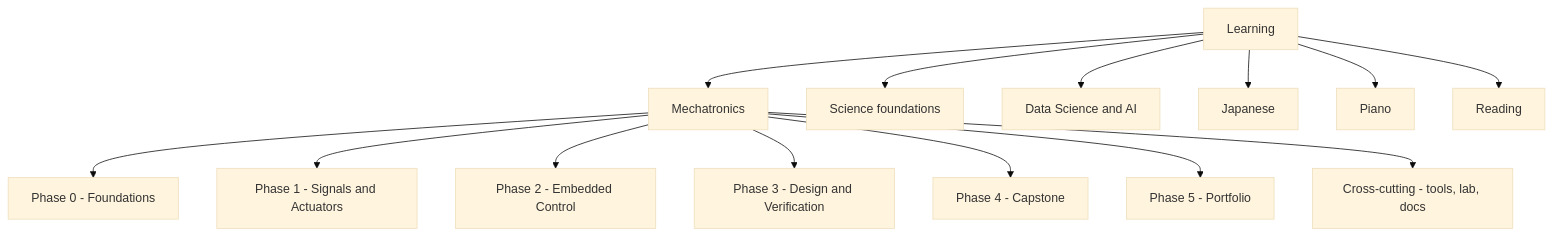
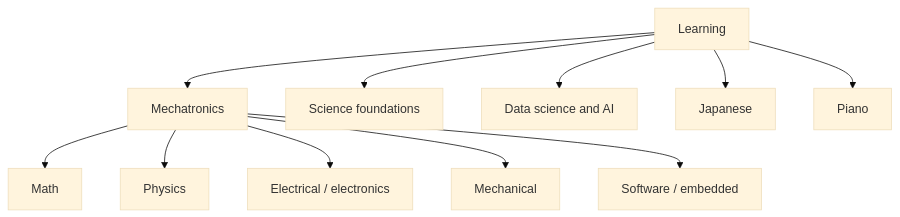
The diagram in _system/learning/topic-tree.md (Stratoze/Roadmap), drawn with Mermaid (base theme) before and after one commit. The commit also changed other lines of this file and 73 other files, not shown here.

````diff
--- a/_system/learning/topic-tree.md
+++ b/_system/learning/topic-tree.md
@@ -35,16 +25,13 @@
 ```mermaid
 graph TD
   L[Learning] --> M[Mechatronics]
   L --> S[Science foundations]
-  L --> D[Data Science and AI]
+  L --> D[Data science and AI]
   L --> J[Japanese]
   L --> P[Piano]
-  L --> R[Reading]
-  M --> m0[Phase 0 - Foundations]
-  M --> m1[Phase 1 - Signals and Actuators]
-  M --> m2[Phase 2 - Embedded Control]
-  M --> m3[Phase 3 - Design and Verification]
-  M --> m4[Phase 4 - Capstone]
-  M --> m5[Phase 5 - Portfolio]
-  M --> mx[Cross-cutting - tools, lab, docs]
+  M --> MA[Math]
+  M --> PH[Physics]
+  M --> EE[Electrical / electronics]
+  M --> ME[Mechanical]
+  M --> SW[Software / embedded]
 ```
````
